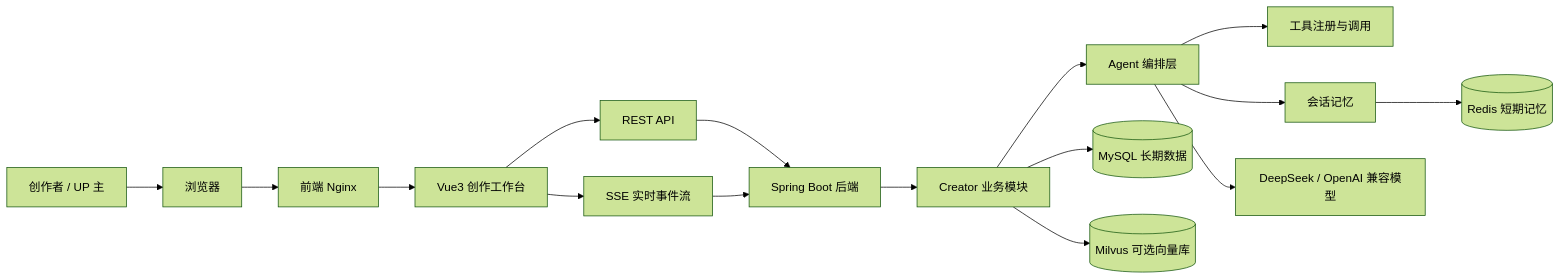
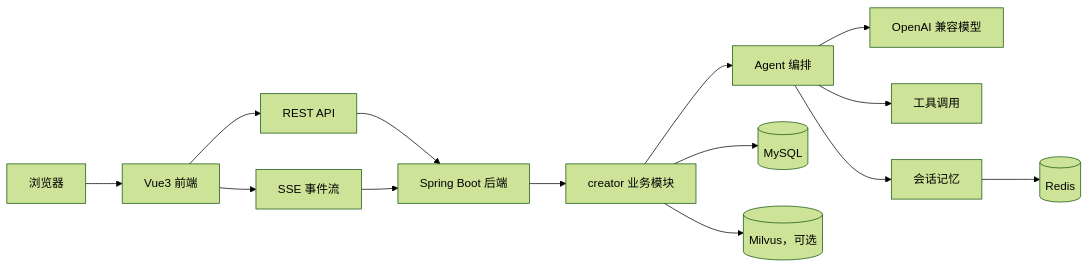
Before and after one commit to lin-0407/linkAgent: the first of 2 diagrams in README.md, drawn with Mermaid (forest theme). The commit also changed other lines of this file and 1 other file, not shown here.

````diff
--- a/README.md
+++ b/README.md
@@ -46,18 +214,16 @@
 ```mermaid
 flowchart LR
-    User[创作者 / UP 主] --> Browser[浏览器]
-    Browser --> Nginx[前端 Nginx]
-    Nginx --> Vue[Vue3 创作工作台]
-    Vue --> Rest[REST API]
-    Vue --> Sse[SSE 实时事件流]
+    Browser[浏览器] --> Frontend[Vue3 前端]
+    Frontend --> Rest[REST API]
+    Frontend --> Sse[SSE 事件流]
     Rest --> Backend[Spring Boot 后端]
     Sse --> Backend
-    Backend --> Creator[Creator 业务模块]
-    Creator --> Agent[Agent 编排层]
-    Agent --> Tools[工具注册与调用]
+    Backend --> Creator[creator 业务模块]
+    Creator --> Agent[Agent 编排]
+    Agent --> Llm[OpenAI 兼容模型]
+    Agent --> Tools[工具调用]
     Agent --> Memory[会话记忆]
-    Agent --> Llm[DeepSeek / OpenAI 兼容模型]
-    Creator --> Mysql[(MySQL 长期数据)]
-    Memory --> Redis[(Redis 短期记忆)]
-    Creator --> Milvus[(Milvus 可选向量库)]
+    Creator --> Mysql[(MySQL)]
+    Memory --> Redis[(Redis)]
+    Creator --> Milvus[(Milvus，可选)]
 ```
````
